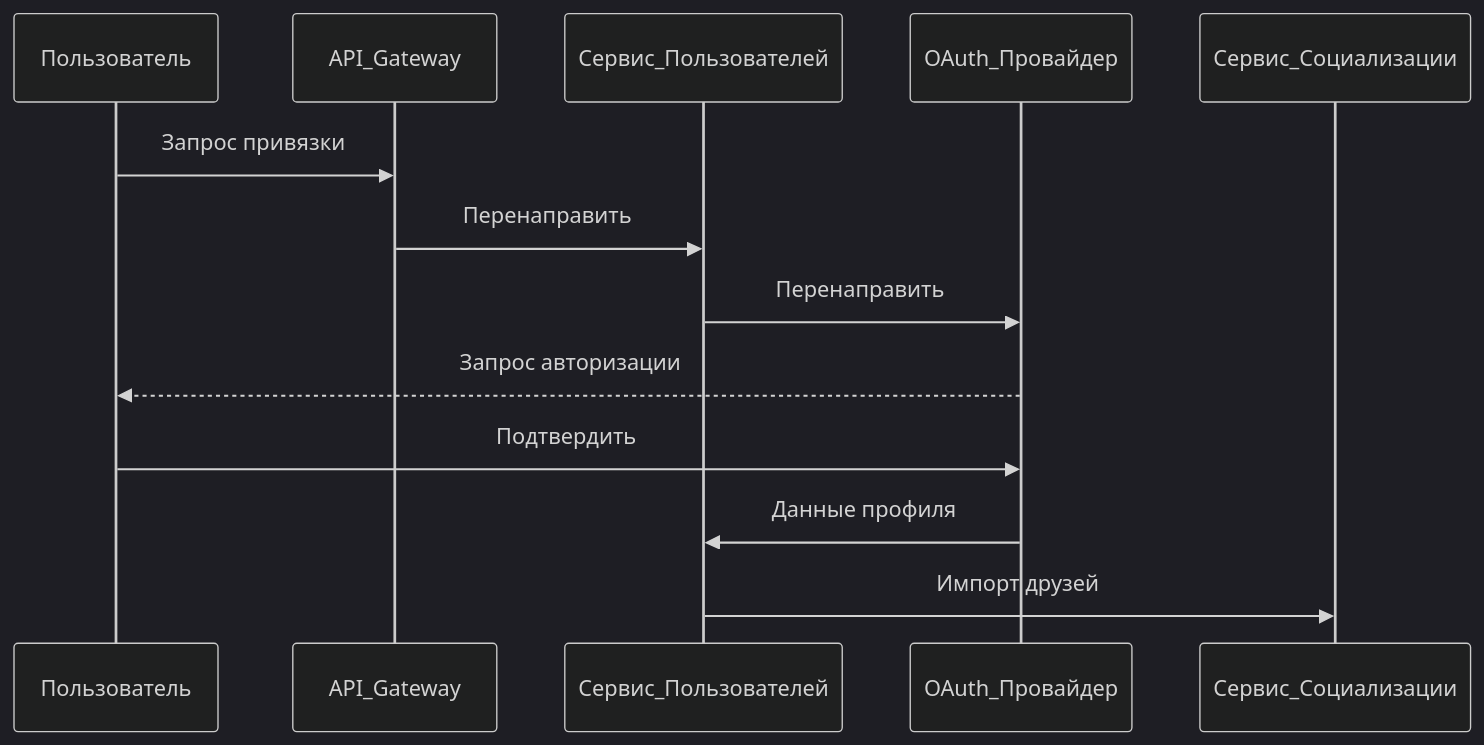
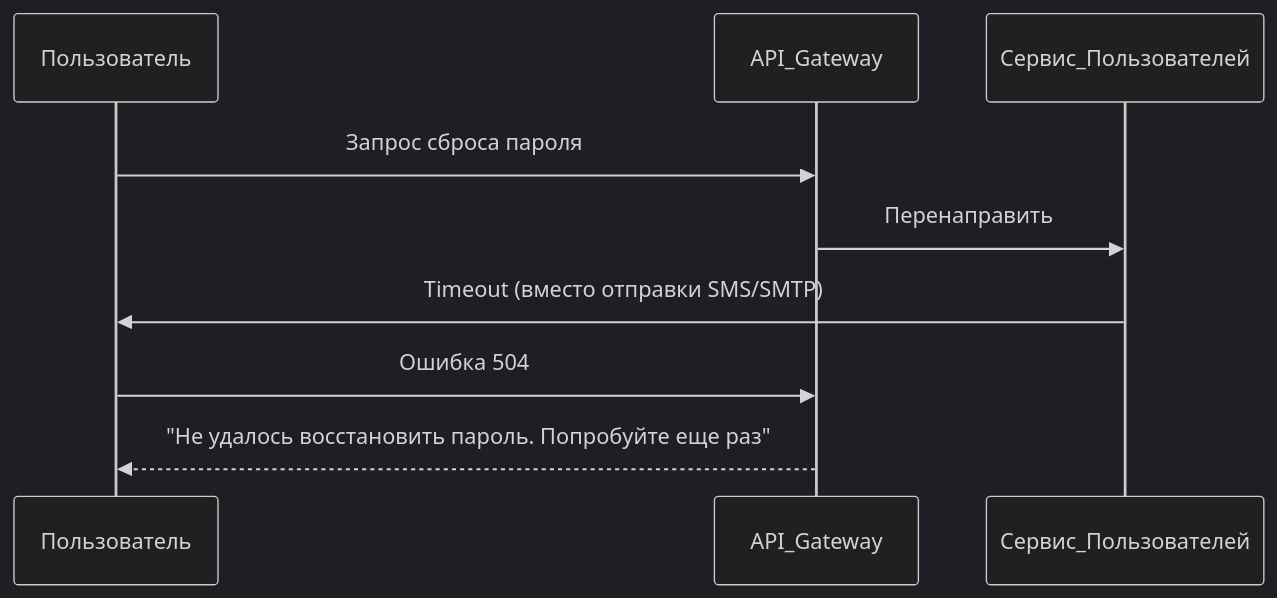
Before and after one commit to andreyantropov/architect-coursework: the eighth of 8 diagrams in architecture/critical-business-processes.md, drawn with Mermaid (dark theme). The commit also changed other lines of this file, not shown here.

Commit message:
fix: Поправлены некоторые схемы в критических бизнес-процессах.

````diff
--- a/architecture/critical-business-processes.md
+++ b/architecture/critical-business-processes.md
@@ -127,15 +109,12 @@
 ```mermaid
 sequenceDiagram
     participant Пользователь
     participant API_Gateway
     participant Сервис_Пользователей
-    participant OAuth_Провайдер
     
-    Пользователь->>API_Gateway: Запрос привязки
+    Пользователь->>API_Gateway: Запрос сброса пароля
     API_Gateway->>Сервис_Пользователей: Перенаправить
-    Сервис_Пользователей->>OAuth_Провайдер: Перенаправить
-    OAuth_Провайдер-->>Пользователь: Запрос авторизации
-    Пользователь->>OAuth_Провайдер: Подтвердить
-    OAuth_Провайдер->>Сервис_Пользователей: Данные профиля
-    Сервис_Пользователей->>Сервис_Социализации: Импорт друзей
+    Сервис_Пользователей->>Пользователь: Timeout (вместо отправки SMS/SMTP)
+    Пользователь->>API_Gateway: Ошибка 504
+    API_Gateway-->>Пользователь: "Не удалось восстановить пароль. Попробуйте еще раз"
 ```
````
